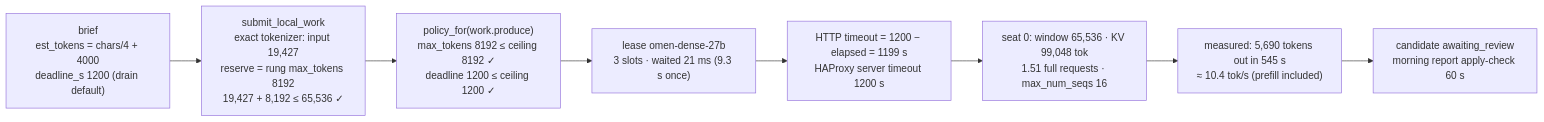
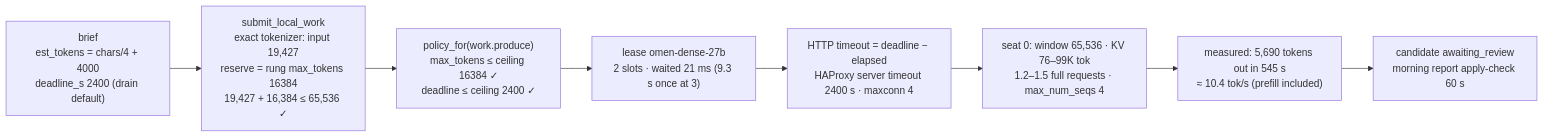
The second of 2 diagrams in docs/sizing-map.md (djcdevelopment/commandcenter), drawn with Mermaid before and after one commit. The commit also changed other lines of this file and 16 other files, not shown here.

````diff
--- a/docs/sizing-map.md
+++ b/docs/sizing-map.md
@@ -75,10 +78,10 @@
 ```mermaid
 flowchart LR
-  A["brief<br/>est_tokens = chars/4 + 4000<br/>deadline_s 1200 (drain default)"] --> B["submit_local_work<br/>exact tokenizer: input 19,427<br/>reserve = rung max_tokens 8192<br/>19,427 + 8,192 ≤ 65,536 ✓"]
-  B --> C["policy_for(work.produce)<br/>max_tokens 8192 ≤ ceiling 8192 ✓<br/>deadline 1200 ≤ ceiling 1200 ✓"]
-  C --> D["lease omen-dense-27b<br/>3 slots · waited 21 ms (9.3 s once)"]
-  D --> E["HTTP timeout = 1200 − elapsed = 1199 s<br/>HAProxy server timeout 1200 s"]
-  E --> F["seat 0: window 65,536 · KV 99,048 tok<br/>1.51 full requests · max_num_seqs 16"]
+  A["brief<br/>est_tokens = chars/4 + 4000<br/>deadline_s 2400 (drain default)"] --> B["submit_local_work<br/>exact tokenizer: input 19,427<br/>reserve = rung max_tokens 16384<br/>19,427 + 16,384 ≤ 65,536 ✓"]
+  B --> C["policy_for(work.produce)<br/>max_tokens ≤ ceiling 16384 ✓<br/>deadline ≤ ceiling 2400 ✓"]
+  C --> D["lease omen-dense-27b<br/>2 slots · waited 21 ms (9.3 s once at 3)"]
+  D --> E["HTTP timeout = deadline − elapsed<br/>HAProxy server timeout 2400 s · maxconn 4"]
+  E --> F["seat 0: window 65,536 · KV 76–99K tok<br/>1.2–1.5 full requests · max_num_seqs 4"]
   F --> G["measured: 5,690 tokens out in 545 s<br/>≈ 10.4 tok/s (prefill included)"]
   G --> H["candidate awaiting_review<br/>morning report apply-check 60 s"]
 ```
````
